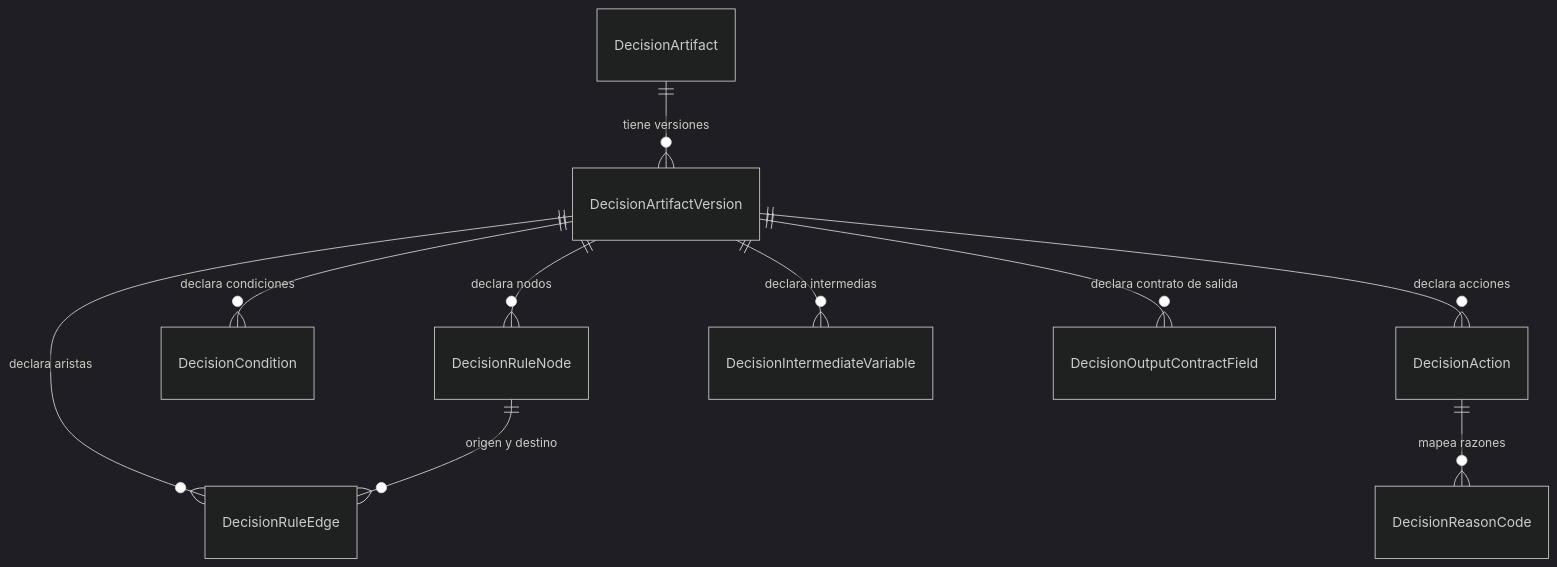
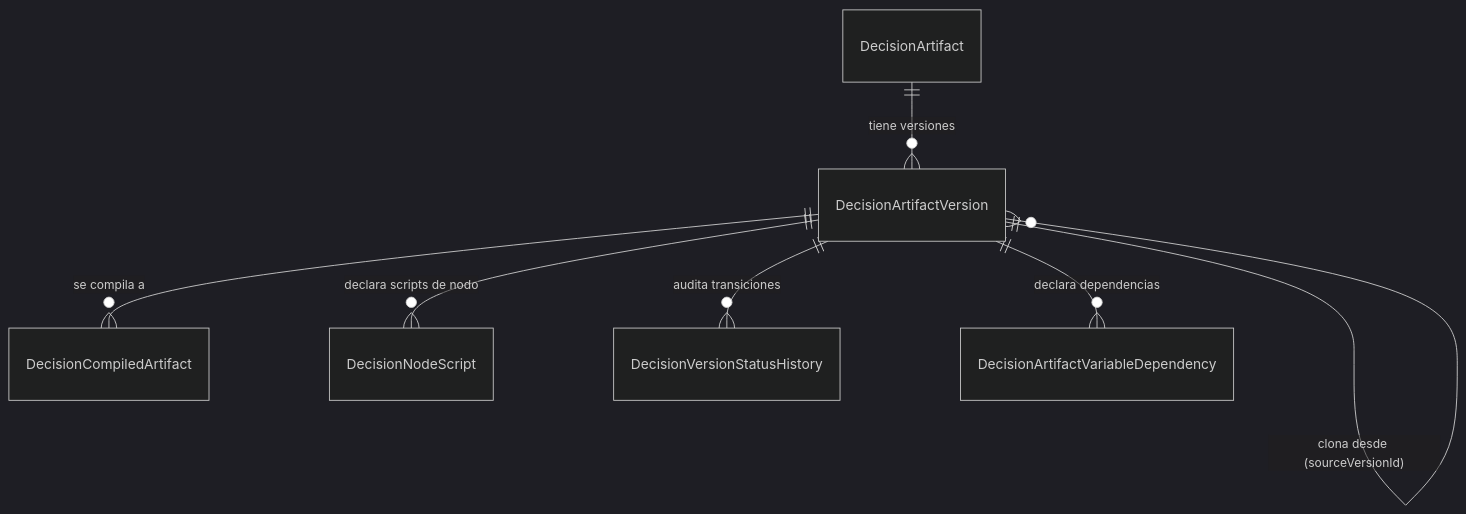
One commit to PabloArauzCaballero/AtlasDecisionEngineBackend changed the first of 18 diagrams in docs/data/relationships.md. Above: the diagram before and after it, drawn with Mermaid (dark theme). The commit also changed other lines of this file and 1264 other files, not shown here.

````diff
--- a/docs/data/relationships.md
+++ b/docs/data/relationships.md
@@ -8,12 +19,9 @@
 ```mermaid
 erDiagram
     DecisionArtifact ||--o{ DecisionArtifactVersion : "tiene versiones"
-    DecisionArtifactVersion ||--o{ DecisionRuleNode : "declara nodos"
-    DecisionArtifactVersion ||--o{ DecisionRuleEdge : "declara aristas"
-    DecisionArtifactVersion ||--o{ DecisionCondition : "declara condiciones"
-    DecisionArtifactVersion ||--o{ DecisionAction : "declara acciones"
-    DecisionArtifactVersion ||--o{ DecisionIntermediateVariable : "declara intermedias"
-    DecisionArtifactVersion ||--o{ DecisionOutputContractField : "declara contrato de salida"
-    DecisionRuleNode ||--o{ DecisionRuleEdge : "origen y destino"
-    DecisionAction ||--o{ DecisionReasonCode : "mapea razones"
+    DecisionArtifactVersion ||--o{ DecisionArtifactVersion : "clona desde (sourceVersionId)"
+    DecisionArtifactVersion ||--o{ DecisionCompiledArtifact : "se compila a"
+    DecisionArtifactVersion ||--o{ DecisionNodeScript : "declara scripts de nodo"
+    DecisionArtifactVersion ||--o{ DecisionVersionStatusHistory : "audita transiciones"
+    DecisionArtifactVersion ||--o{ DecisionArtifactVariableDependency : "declara dependencias"
 ```
````
